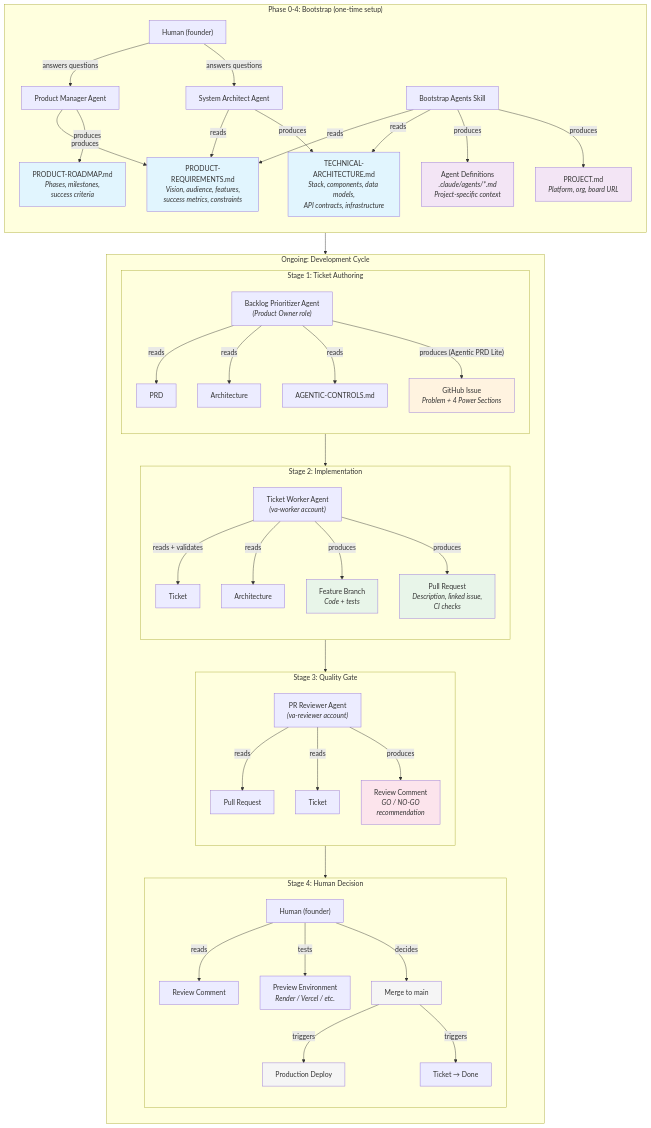
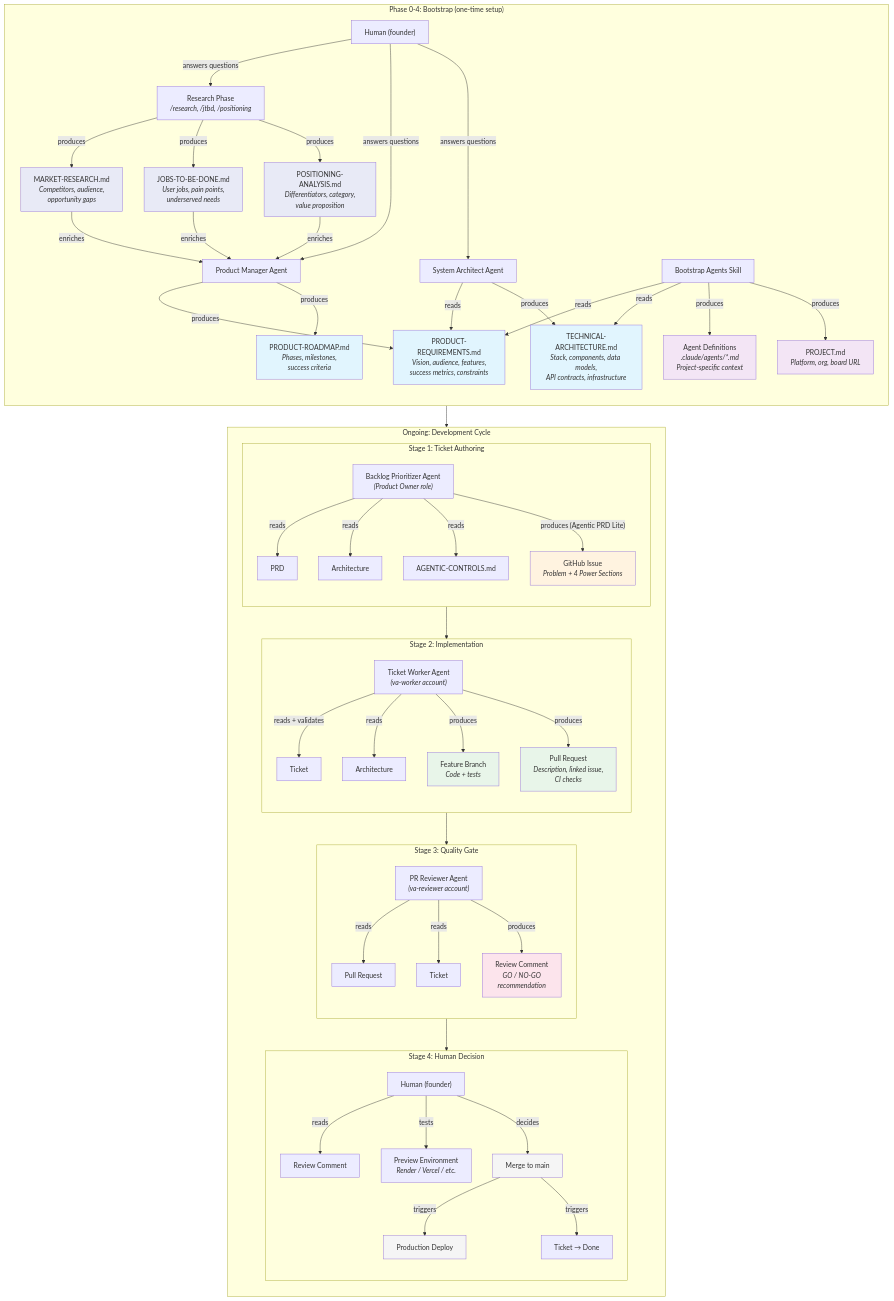
The first of 4 diagrams in docs/ARTIFACT-FLOW.md (vibeacademy/agile-flow), drawn with Mermaid before and after one commit. The commit also changed other lines of this file and 7 other files, not shown here.

First line of the commit message:
feat(commands): add /research, /jtbd, and /positioning slash commands

```diff
--- a/docs/ARTIFACT-FLOW.md
+++ b/docs/ARTIFACT-FLOW.md
@@ -12,11 +12,20 @@
     subgraph Bootstrap ["Phase 0-4: Bootstrap (one-time setup)"]
         direction TB
         Human["Human (founder)"]
+        Research["Research Phase<br/><i>/research, /jtbd, /positioning</i>"]
         PM["Product Manager Agent"]
         SA["System Architect Agent"]
         BA["Bootstrap Agents Skill"]
 
+        Human -->|answers questions| Research
+        Research -->|produces| MR["MARKET-RESEARCH.md<br/><i>Competitors, audience,<br/>opportunity gaps</i>"]
+        Research -->|produces| JTBD["JOBS-TO-BE-DONE.md<br/><i>User jobs, pain points,<br/>underserved needs</i>"]
+        Research -->|produces| Pos["POSITIONING-ANALYSIS.md<br/><i>Differentiators, category,<br/>value proposition</i>"]
+
         Human -->|answers questions| PM
+        MR -->|enriches| PM
+        JTBD -->|enriches| PM
+        Pos -->|enriches| PM
         PM -->|produces| PRD["PRODUCT-REQUIREMENTS.md<br/><i>Vision, audience, features,<br/>success metrics, constraints</i>"]
         PM -->|produces| Roadmap["PRODUCT-ROADMAP.md<br/><i>Phases, milestones,<br/>success criteria</i>"]
 
@@ -79,6 +88,9 @@
 
     Bootstrap --> Operate
 
+    style MR fill:#e8eaf6
+    style JTBD fill:#e8eaf6
+    style Pos fill:#e8eaf6
     style PRD fill:#e1f5fe
     style Roadmap fill:#e1f5fe
     style Arch fill:#e1f5fe
```
